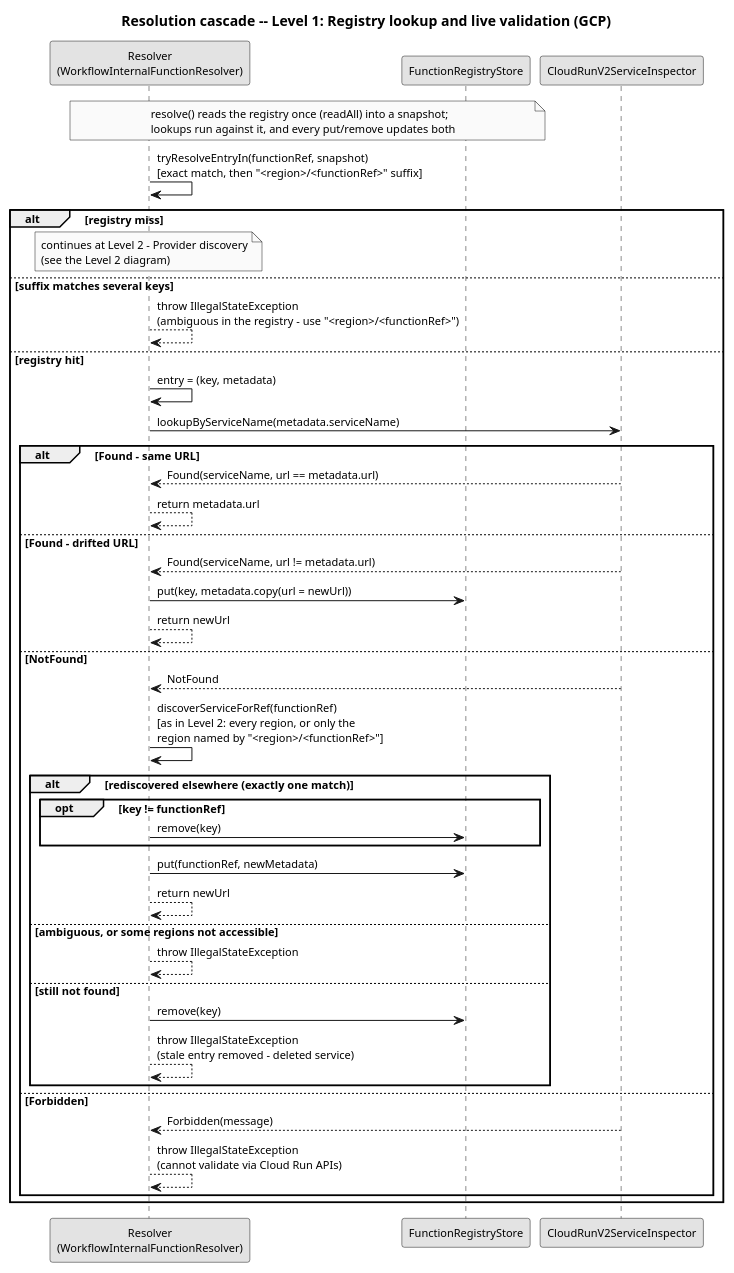
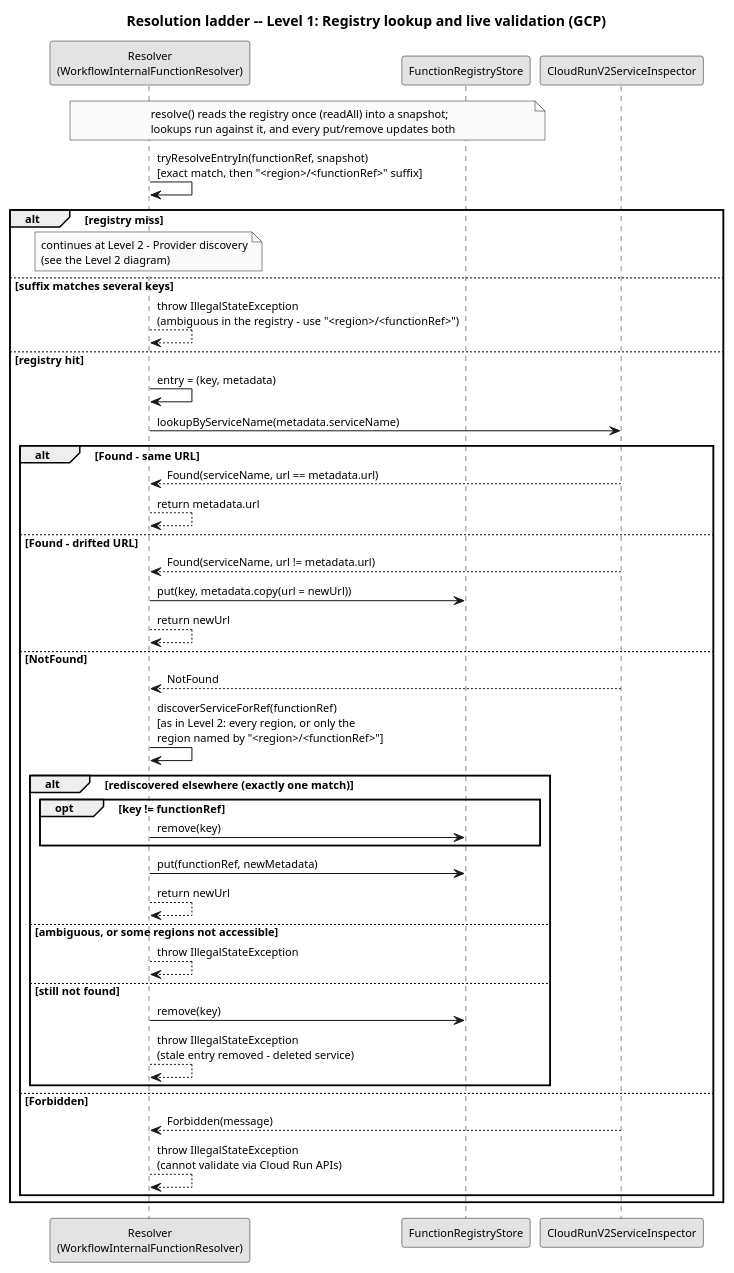
The diagram in diagrams/resolution-cascade-level1-gcp.puml (EngenheiroPedroCarvalho/ISEL-Thesis-2526), drawn with PlantUML before and after one commit. The commit also changed 40 other files, not shown here.

```diff
--- a/diagrams/resolution-cascade-level1-gcp.puml
+++ b/diagrams/resolution-cascade-level1-gcp.puml
@@ -1,54 +1,54 @@
 @startuml resolution-cascade-level1-gcp
 skinparam monochrome true
 skinparam shadowing false
 skinparam defaultFontSize 11
-title Resolution cascade -- Level 1: Registry lookup and live validation (GCP)
+title Resolution ladder -- Level 1: Registry lookup and live validation (GCP)
 
 participant "Resolver\n(WorkflowInternalFunctionResolver)" as R
 participant "FunctionRegistryStore" as REG
 participant "CloudRunV2ServiceInspector" as GI
 
 note over R, REG
   resolve() reads the registry once (readAll) into a snapshot;
   lookups run against it, and every put/remove updates both
 end note
 R -> R : tryResolveEntryIn(functionRef, snapshot)\n[exact match, then "<region>/<functionRef>" suffix]
 alt registry miss
   note over R
     continues at Level 2 - Provider discovery
     (see the Level 2 diagram)
   end note
 else suffix matches several keys
   R --> R : throw IllegalStateException\n(ambiguous in the registry - use "<region>/<functionRef>")
 else registry hit
   R -> R : entry = (key, metadata)
 
   R -> GI : lookupByServiceName(metadata.serviceName)
   alt Found - same URL
     GI --> R : Found(serviceName, url == metadata.url)
     R --> R : return metadata.url
   else Found - drifted URL
     GI --> R : Found(serviceName, url != metadata.url)
     R -> REG : put(key, metadata.copy(url = newUrl))
     R --> R : return newUrl
   else NotFound
     GI --> R : NotFound
     R -> R : discoverServiceForRef(functionRef)\n[as in Level 2: every region, or only the\nregion named by "<region>/<functionRef>"]
     alt rediscovered elsewhere (exactly one match)
       opt key != functionRef
         R -> REG : remove(key)
       end
       R -> REG : put(functionRef, newMetadata)
       R --> R : return newUrl
     else ambiguous, or some regions not accessible
       R --> R : throw IllegalStateException
     else still not found
       R -> REG : remove(key)
       R --> R : throw IllegalStateException\n(stale entry removed - deleted service)
     end
   else Forbidden
     GI --> R : Forbidden(message)
     R --> R : throw IllegalStateException\n(cannot validate via Cloud Run APIs)
   end
 end
 @enduml
```
